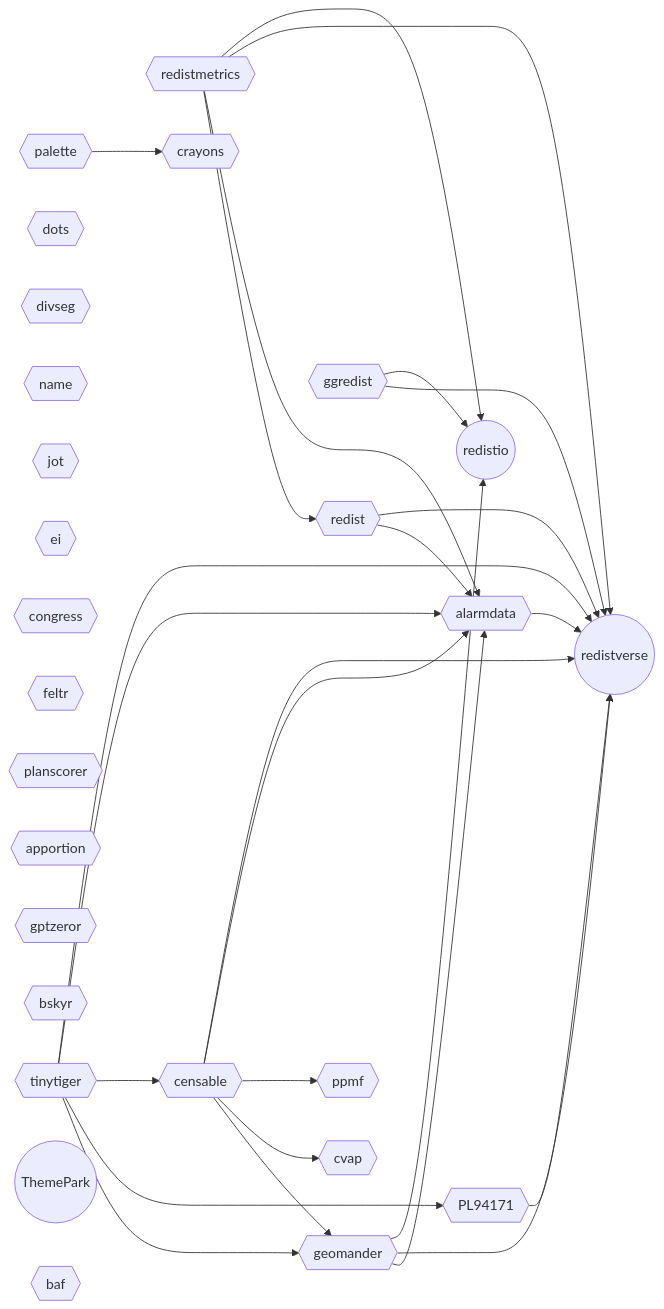
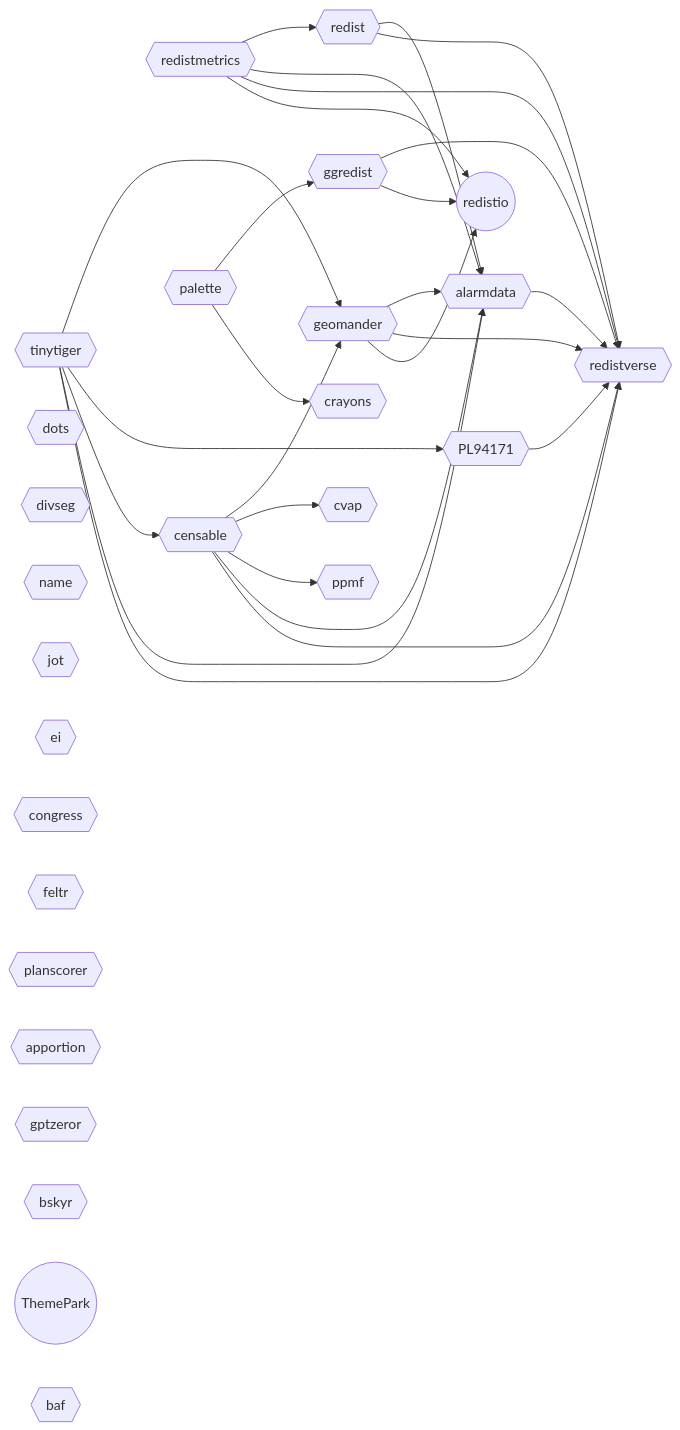
The diagram in package-relationships.qmd (christopherkenny/christopherkenny.github.io), drawn with Mermaid before and after one commit. The commit also changed 68 other files, not shown here.

````diff
--- a/package-relationships.qmd
+++ b/package-relationships.qmd
@@ -60,54 +60,55 @@
 ```{mermaid}
 flowchart LR
   redist{{redist}}
   redistmetrics{{redistmetrics}}
   geomander{{geomander}}
   PL94171{{PL94171}}
   censable{{censable}}
   tinytiger{{tinytiger}}
   alarmdata{{alarmdata}}
   ggredist{{ggredist}}
-  redistverse((redistverse))
+  redistverse{{redistverse}}
   dots{{dots}}
   cvap{{cvap}}
   ppmf{{ppmf}}
   divseg{{divseg}}
   name{{name}}
   jot{{jot}}
   ei{{ei}}
   congress{{congress}}
   feltr{{feltr}}
   planscorer{{planscorer}}
   crayons{{crayons}}
   apportion{{apportion}}
   gptzeror{{gptzeror}}
   bskyr{{bskyr}}
   redistio((redistio))
   palette{{palette}}
   ThemePark((ThemePark))
   baf{{baf}}
   redistmetrics --> redist
   censable --> geomander
   tinytiger --> geomander
   tinytiger --> PL94171
   tinytiger --> censable
   censable --> cvap
   censable --> ppmf
   censable --> alarmdata
   geomander --> alarmdata
   redist --> alarmdata
   redistmetrics --> alarmdata
   tinytiger --> alarmdata
+  palette --> ggredist
   redist --> redistverse
   redistmetrics --> redistverse
   geomander --> redistverse
   ggredist --> redistverse
   censable --> redistverse
   tinytiger --> redistverse
   PL94171 --> redistverse
   alarmdata --> redistverse
   palette --> crayons
   geomander --> redistio
   ggredist --> redistio
   redistmetrics --> redistio
 ```
````
